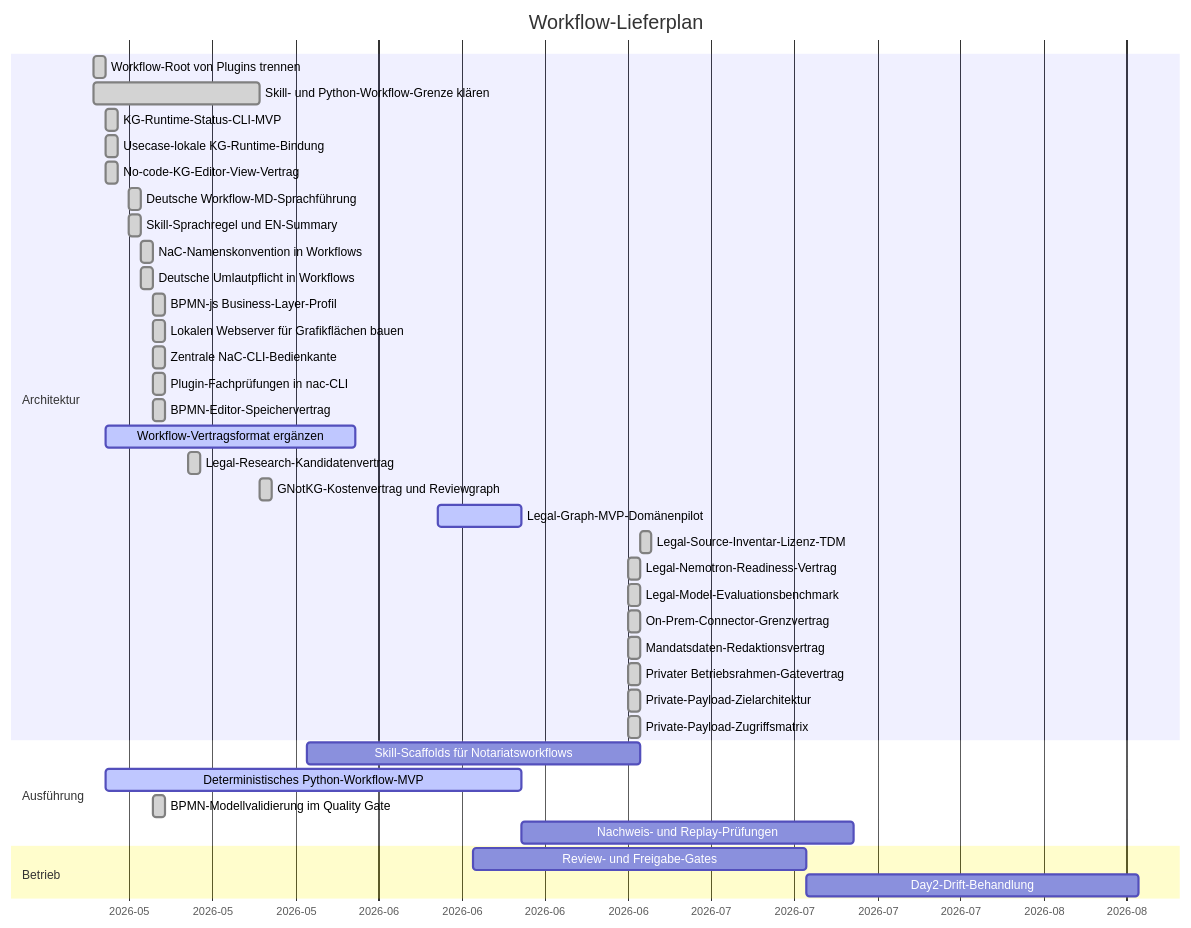
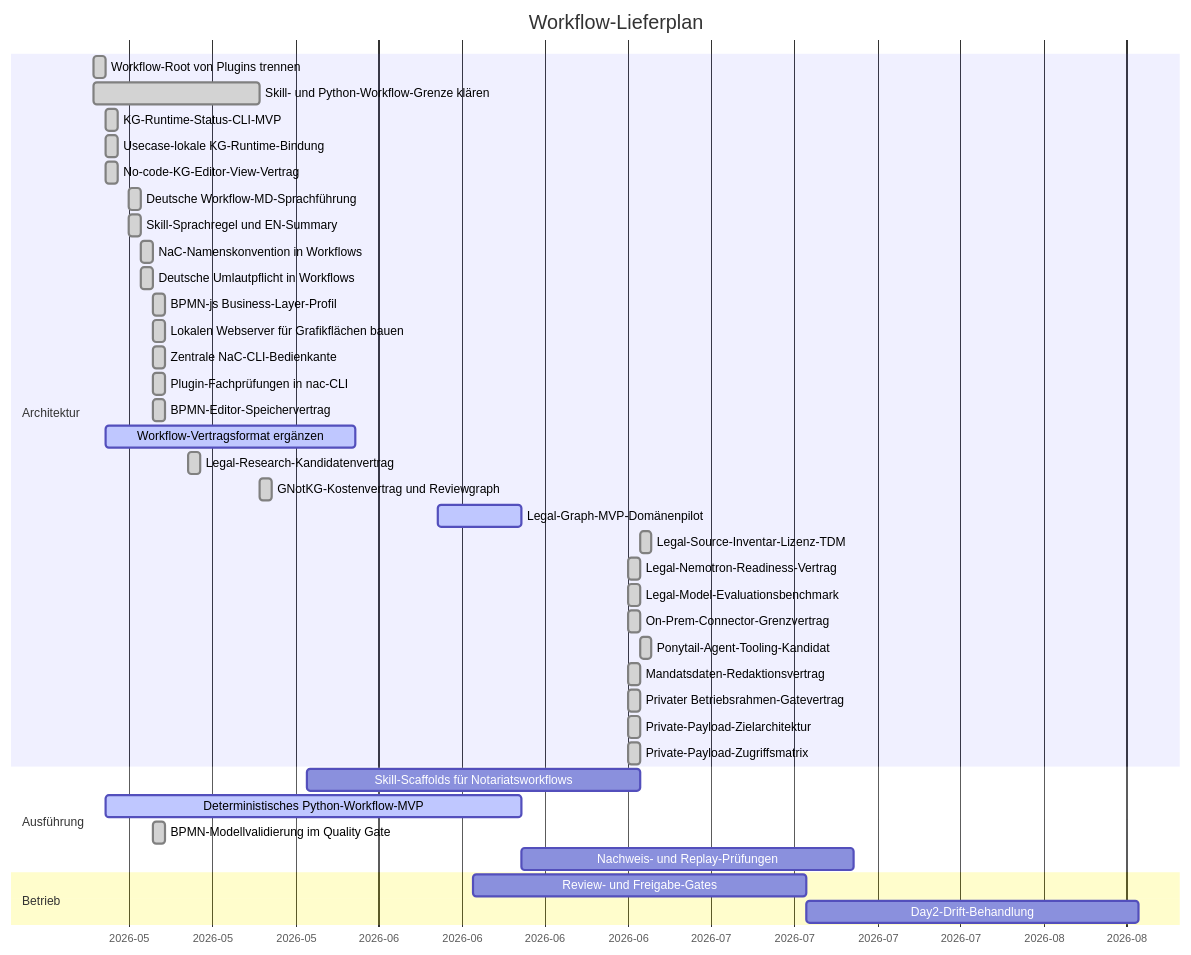
The diagram in workflows/GANTT.md (notariat8/NaC), drawn with Mermaid before and after one commit. The commit also changed other lines of this file and 8 other files, not shown here.

Commit message:
Add Ponytail agent tooling governance

````diff
--- a/workflows/GANTT.md
+++ b/workflows/GANTT.md
@@ -5,44 +5,45 @@
 ```mermaid
 gantt
     title Workflow-Lieferplan
     dateFormat  YYYY-MM-DD
     axisFormat  %Y-%m
 
     section Architektur
     Workflow-Root von Plugins trennen          :done,   w1, 2026-05-14, 1d
     Skill- und Python-Workflow-Grenze klären  :done,   w2, 2026-05-14, 14d
     KG-Runtime-Status-CLI-MVP                  :done,   w3, 2026-05-15, 1d
     Usecase-lokale KG-Runtime-Bindung          :done,   w3a, 2026-05-15, 1d
     No-code-KG-Editor-View-Vertrag             :done,   w4a, 2026-05-15, 1d
     Deutsche Workflow-MD-Sprachführung        :done,   w4b, 2026-05-17, 1d
     Skill-Sprachregel und EN-Summary            :done,   w4c, 2026-05-17, 1d
     NaC-Namenskonvention in Workflows           :done,   w4d, 2026-05-18, 1d
     Deutsche Umlautpflicht in Workflows         :done,   w4e, 2026-05-18, 1d
     BPMN-js Business-Layer-Profil               :done,   w4f, 2026-05-19, 1d
     Lokalen Webserver für Grafikflächen bauen  :done,   w4g, 2026-05-19, 1d
     Zentrale NaC-CLI-Bedienkante                :done,   w4h, 2026-05-19, 1d
     Plugin-Fachprüfungen in nac-CLI             :done,   w4i, 2026-05-19, 1d
     BPMN-Editor-Speichervertrag                 :done,   w4j, 2026-05-19, 1d
     Workflow-Vertragsformat ergänzen          :active, w4, 2026-05-15, 21d
     Legal-Research-Kandidatenvertrag           :done,   w4k, 2026-05-22, 1d
     GNotKG-Kostenvertrag und Reviewgraph        :done,   w4l, 2026-05-28, 1d
     Legal-Graph-MVP-Domänenpilot              :active, w4m, 2026-06-12, 7d
     Legal-Source-Inventar-Lizenz-TDM           :done,   w4u, 2026-06-29, 1d
     Legal-Nemotron-Readiness-Vertrag            :done,   w4s, 2026-06-28, 1d
     Legal-Model-Evaluationsbenchmark           :done,   w4t, 2026-06-28, 1d
     On-Prem-Connector-Grenzvertrag            :done,   w4n, 2026-06-28, 1d
+    Ponytail-Agent-Tooling-Kandidat            :done,   w4v, 2026-06-29, 1d
     Mandatsdaten-Redaktionsvertrag             :done,   w4o, 2026-06-28, 1d
     Privater Betriebsrahmen-Gatevertrag        :done,   w4p, 2026-06-28, 1d
     Private-Payload-Zielarchitektur            :done,   w4q, 2026-06-28, 1d
     Private-Payload-Zugriffsmatrix             :done,   w4r, 2026-06-28, 1d
 
     section Ausführung
     Skill-Scaffolds für Notariatsworkflows    :        w5, 2026-06-01, 28d
     Deterministisches Python-Workflow-MVP      :active, w6, 2026-05-15, 35d
     BPMN-Modellvalidierung im Quality Gate      :done,   w6a, 2026-05-19, 1d
     Nachweis- und Replay-Prüfungen            :        w7, after w6, 28d
 
     section Betrieb
     Review- und Freigabe-Gates                 :        w8, 2026-06-15, 28d
     Day2-Drift-Behandlung                      :        w9, after w8, 28d
 ```
````
